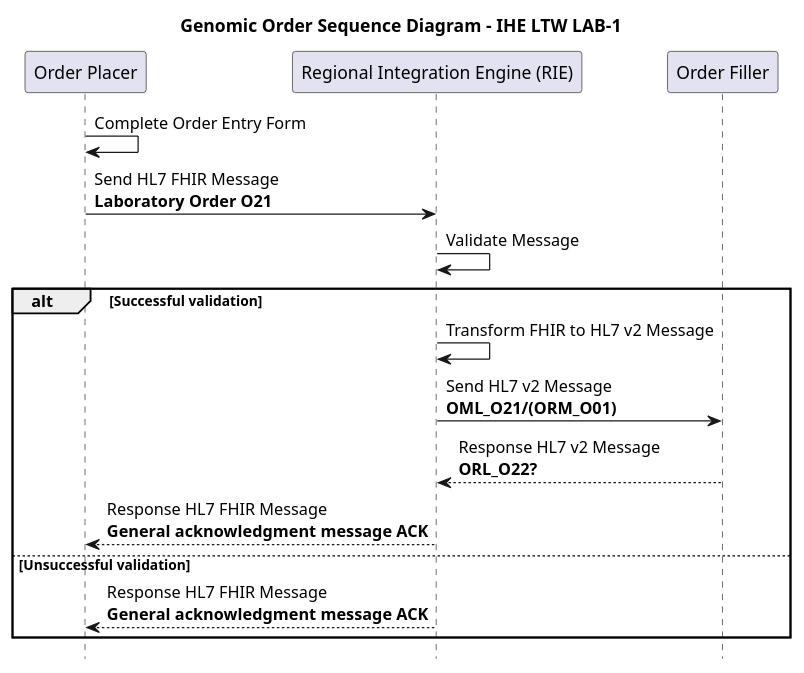
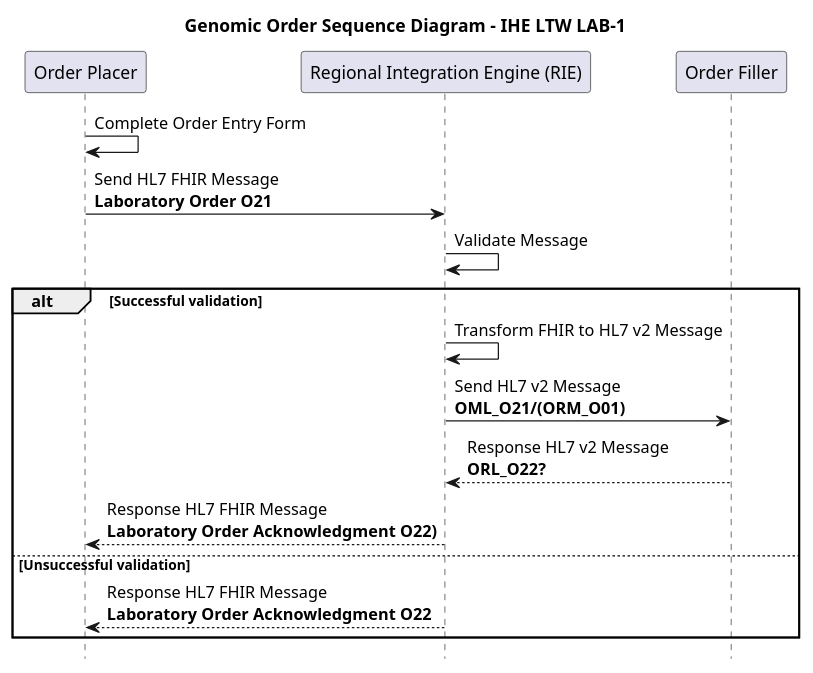
The diagram in input/images-source/LAB1-sequence.plantuml (nw-gmsa/nw-gmsa.github.com), drawn with PlantUML before and after one commit. The commit also changed 6 other files, not shown here.

```diff
--- a/input/images-source/LAB1-sequence.plantuml
+++ b/input/images-source/LAB1-sequence.plantuml
@@ -1,24 +1,24 @@
 @startuml
 
 title "Genomic Order Sequence Diagram - IHE LTW LAB-1"
 
 hide footbox
 
 participant "Order Placer" as EPR
 participant "Regional Integration Engine (RIE)" as TIE
 participant "Order Filler" as LIMS
 
 EPR -> EPR: Complete Order Entry Form
 EPR -> TIE: Send HL7 FHIR Message\n**Laboratory Order O21**
 TIE -> TIE: Validate Message
 
 alt Successful validation
 TIE -> TIE : Transform FHIR to HL7 v2 Message
 TIE -> LIMS: Send HL7 v2 Message\n**OML_O21/(ORM_O01)**
 LIMS --> TIE: Response HL7 v2 Message\n**ORL_O22?**
-TIE --> EPR: Response HL7 FHIR Message\n**General acknowledgment message ACK**
+TIE --> EPR: Response HL7 FHIR Message\n**Laboratory Order Acknowledgment O22)**
 else Unsuccessful validation
-TIE --> EPR: Response HL7 FHIR Message\n**General acknowledgment message ACK**
+TIE --> EPR: Response HL7 FHIR Message\n**Laboratory Order Acknowledgment O22**
 end
 
 @enduml
```
